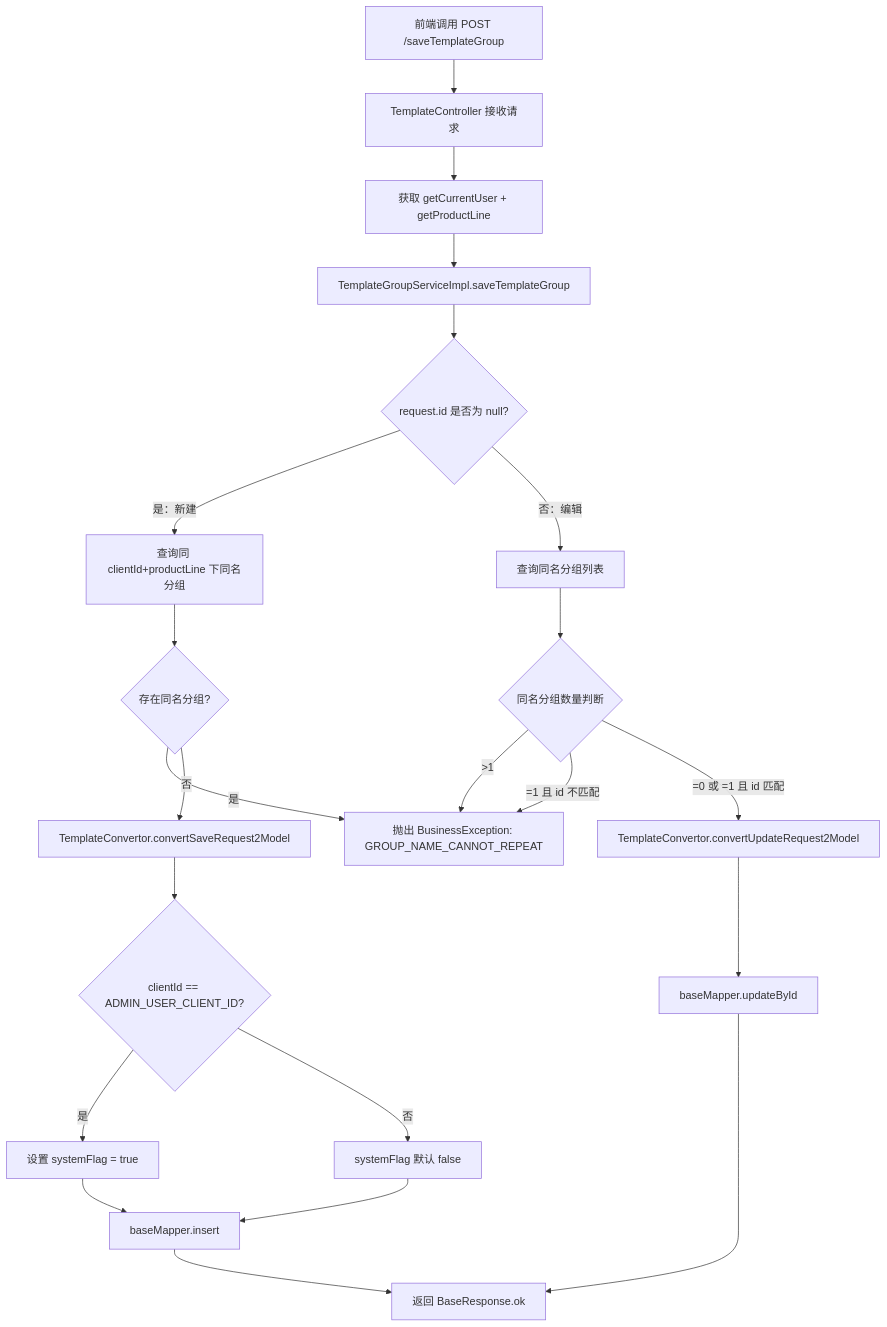
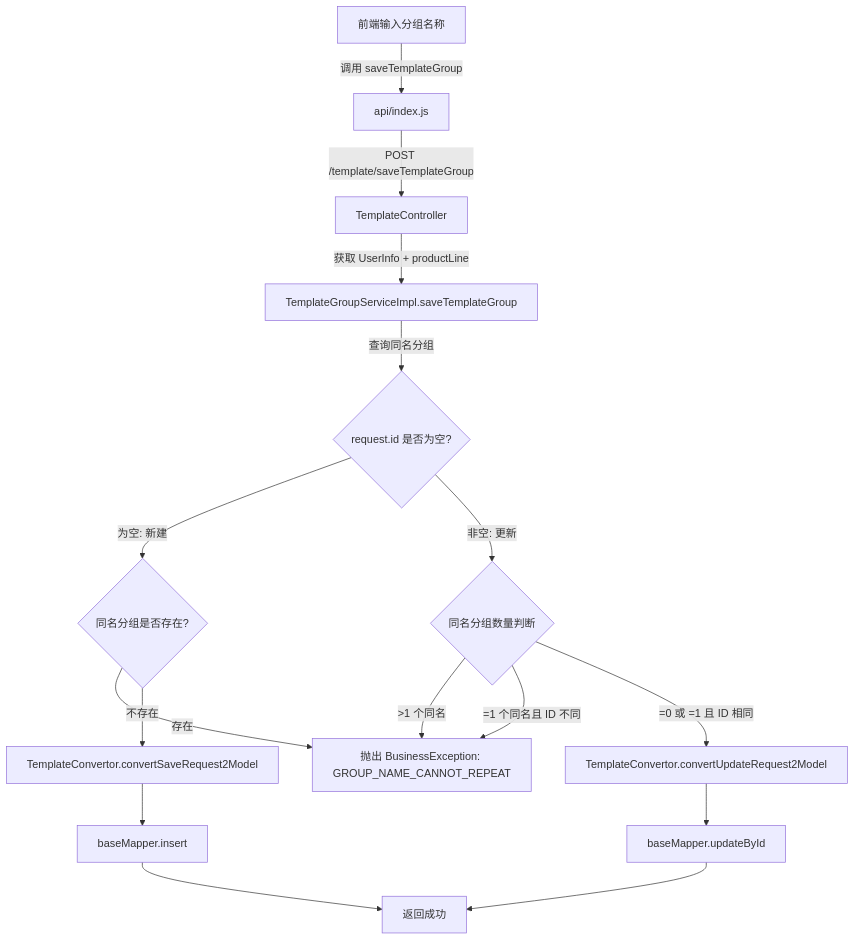
The second of 6 diagrams in output/02-template.md (suoweiwei-pacvue/document-automation), drawn with Mermaid before and after one commit. The commit also changed other lines of this file and 55 other files, not shown here.

````diff
--- a/output/02-template.md
+++ b/output/02-template.md
@@ -372,27 +541,18 @@
 ```mermaid
 flowchart TD
-    A[前端调用 POST /saveTemplateGroup] --> B[TemplateController 接收请求]
-    B --> C[获取 getCurrentUser + getProductLine]
-    C --> D[TemplateGroupServiceImpl.saveTemplateGroup]
-    D --> E{request.id 是否为 null?}
-    
-    E -->|是：新建| F[查询同 clientId+productLine 下同名分组]
-    F --> G{存在同名分组?}
-    G -->|是| H[抛出 BusinessException: GROUP_NAME_CANNOT_REPEAT]
-    G -->|否| I[TemplateConvertor.convertSaveRequest2Model]
-    I --> J{clientId == ADMIN_USER_CLIENT_ID?}
-    J -->|是| K[设置 systemFlag = true]
-    J -->|否| L[systemFlag 默认 false]
-    K --> M[baseMapper.insert]
+    A[前端输入分组名称] -->|调用 saveTemplateGroup| B[api/index.js]
+    B -->|POST /template/saveTemplateGroup| C[TemplateController]
+    C -->|获取 UserInfo + productLine| D[TemplateGroupServiceImpl.saveTemplateGroup]
+    D -->|查询同名分组| E{request.id 是否为空?}
+    E -->|为空: 新建| F{同名分组是否存在?}
+    F -->|存在| G[抛出 BusinessException: GROUP_NAME_CANNOT_REPEAT]
+    F -->|不存在| H[TemplateConvertor.convertSaveRequest2Model]
+    H --> I[baseMapper.insert]
+    E -->|非空: 更新| J{同名分组数量判断}
+    J -->|>1 个同名| G
+    J -->|=1 个同名且 ID 不同| G
+    J -->|=0 或 =1 且 ID 相同| K[TemplateConvertor.convertUpdateRequest2Model]
+    K --> L[baseMapper.updateById]
+    I --> M[返回成功]
     L --> M
-    
-    E -->|否：编辑| N[查询同名分组列表]
-    N --> O{同名分组数量判断}
-    O -->|>1| H
-    O -->|=1 且 id 不匹配| H
-    O -->|=0 或 =1 且 id 匹配| P[TemplateConvertor.convertUpdateRequest2Model]
-    P --> Q[baseMapper.updateById]
-    
-    M --> R[返回 BaseResponse.ok]
-    Q --> R
 ```
````
